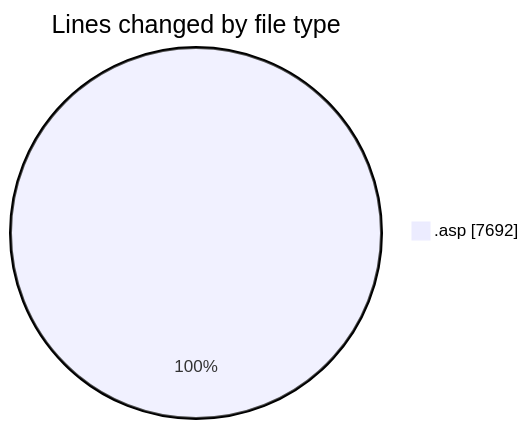
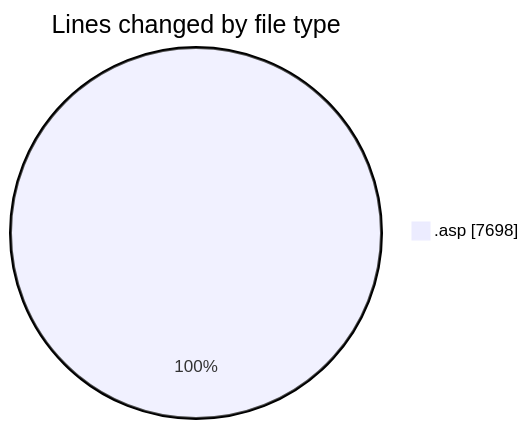
The first of 2 diagrams in 2025-10-31/cdp_aleoudev_fr__workspace_/README.md (julien-gomy/code-tracking), drawn with Mermaid before and after one commit. The commit also changed other lines of this file and 1 other file, not shown here.

````diff
--- a/2025-10-31/cdp_aleoudev_fr__workspace_/README.md
+++ b/2025-10-31/cdp_aleoudev_fr__workspace_/README.md
@@ -25,5 +25,5 @@
 ```mermaid
 pie showData
 title Lines changed by file type
-".asp" : 7692
+".asp" : 7698
 ```
````
